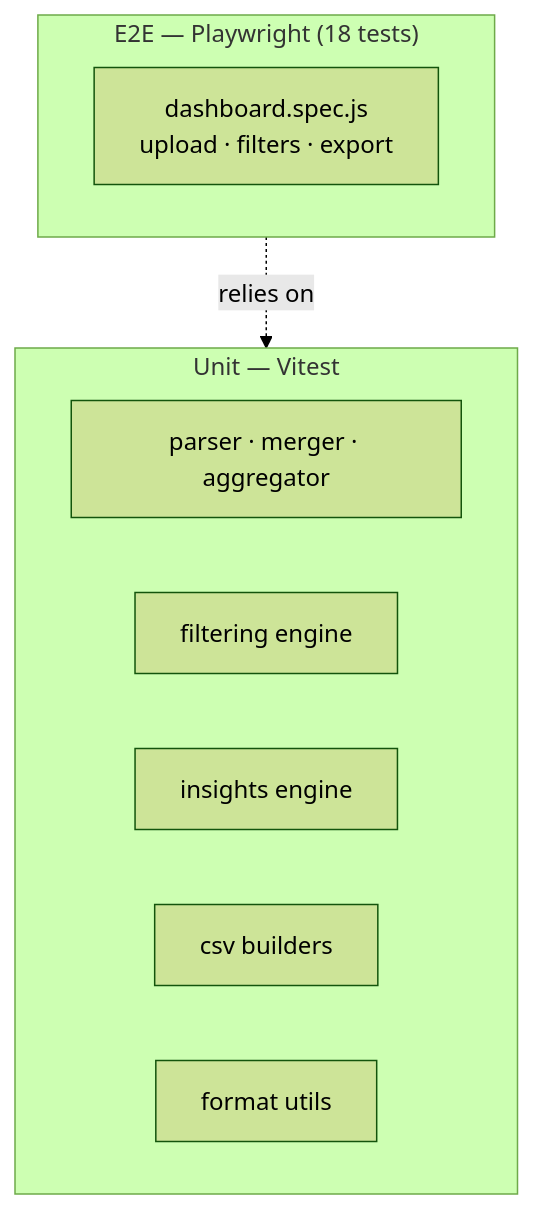
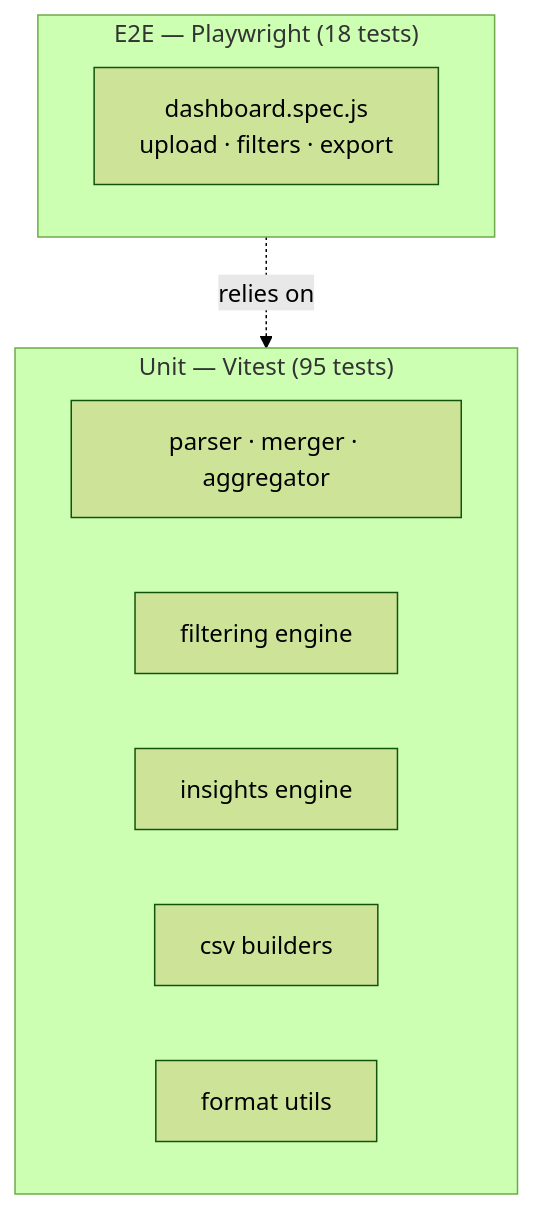
The diagram in docs/testing.md (kinncj/GitHub-Copilot-Enterprise-Dashboard), drawn with Mermaid (forest theme) before and after one commit. The commit also changed other lines of this file and 5 other files, not shown here.

````diff
--- a/docs/testing.md
+++ b/docs/testing.md
@@ -63,16 +63,16 @@
 ```mermaid
 graph TD
     subgraph E2E["E2E — Playwright (18 tests)"]
         E[dashboard.spec.js\nupload · filters · export]
     end
 
-    subgraph Unit["Unit — Vitest"]
+    subgraph Unit["Unit — Vitest (95 tests)"]
         U1[parser · merger · aggregator]
         U2[filtering engine]
         U3[insights engine]
         U4[csv builders]
         U5[format utils]
     end
 
     E2E -.->|"relies on"| Unit
 ```
````
